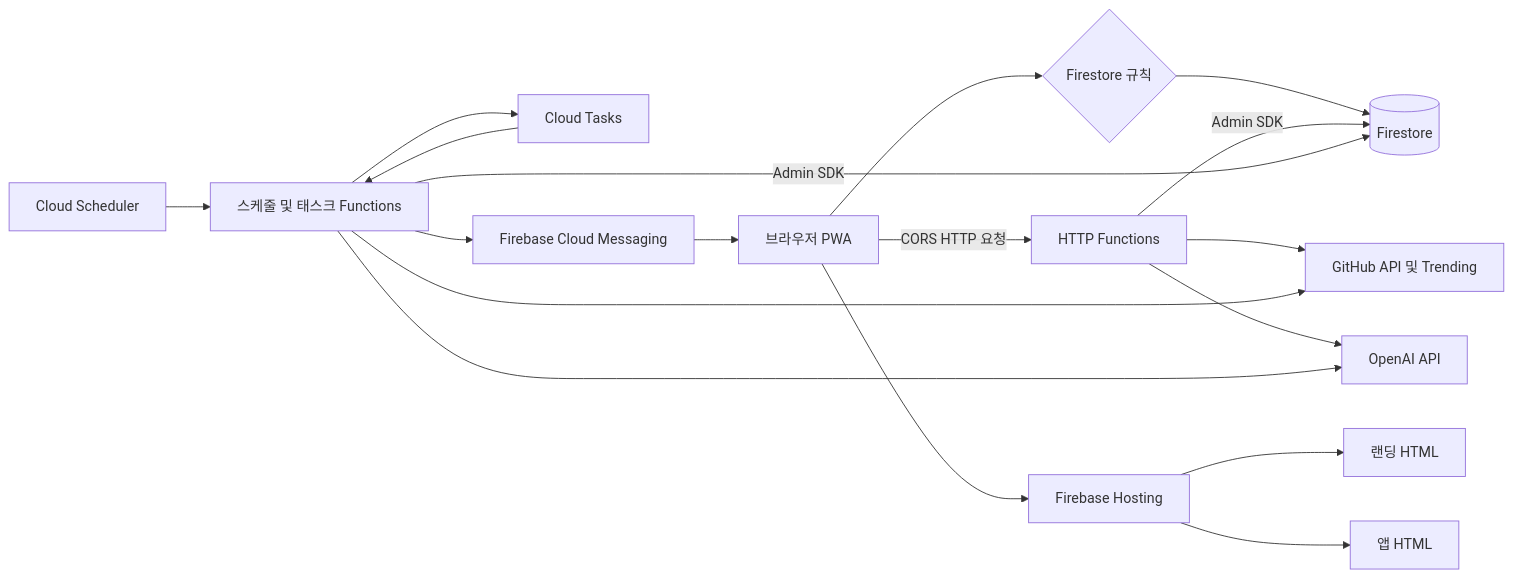
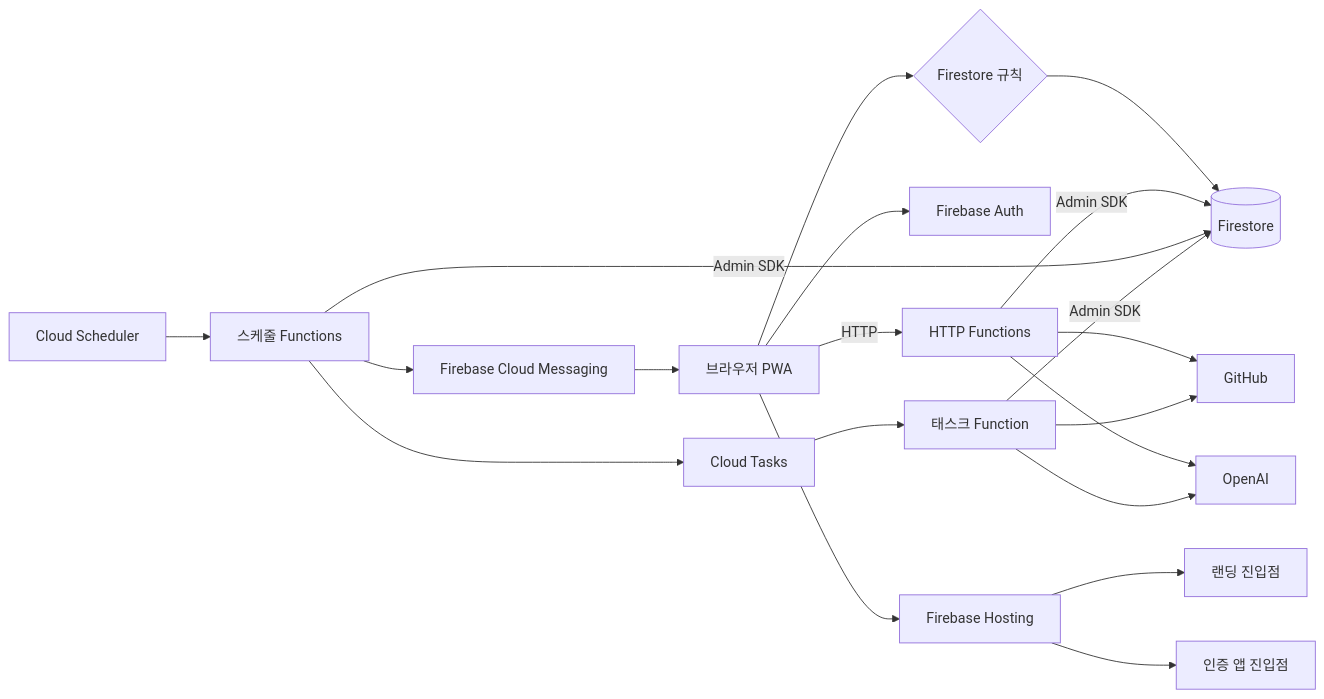
The first of 3 diagrams in openwiki/architecture/system-overview.md (chucoding/code-recall), drawn with Mermaid before and after one commit. The commit also changed other lines of this file and 26 other files, not shown here.

````diff
--- a/openwiki/architecture/system-overview.md
+++ b/openwiki/architecture/system-overview.md
@@ -43,34 +59,38 @@
 ```mermaid
 flowchart LR
   Browser["브라우저 PWA"]
   Hosting["Firebase Hosting"]
-  Landing["랜딩 HTML"]
-  App["앱 HTML"]
+  Landing["랜딩 진입점"]
+  Product["인증 앱 진입점"]
+  Auth["Firebase Auth"]
   Rules{"Firestore 규칙"}
   Store[("Firestore")]
   Http["HTTP Functions"]
-  Jobs["스케줄 및 태스크 Functions"]
   Scheduler["Cloud Scheduler"]
+  Jobs["스케줄 Functions"]
   Queue["Cloud Tasks"]
-  GitHub["GitHub API 및 Trending"]
-  OpenAI["OpenAI API"]
+  Tasks["태스크 Function"]
+  GitHub["GitHub"]
+  OpenAI["OpenAI"]
   FCM["Firebase Cloud Messaging"]
 
   Browser --> Hosting
   Hosting --> Landing
-  Hosting --> App
+  Hosting --> Product
+  Browser --> Auth
   Browser --> Rules
   Rules --> Store
-  Browser -->|"CORS HTTP 요청"| Http
+  Browser -->|"HTTP"| Http
   Http -->|"Admin SDK"| Store
   Http --> GitHub
   Http --> OpenAI
   Scheduler --> Jobs
   Jobs -->|"Admin SDK"| Store
   Jobs --> Queue
-  Queue --> Jobs
-  Jobs --> GitHub
-  Jobs --> OpenAI
+  Queue --> Tasks
+  Tasks -->|"Admin SDK"| Store
+  Tasks --> GitHub
+  Tasks --> OpenAI
   Jobs --> FCM
   FCM --> Browser
 ```
````
